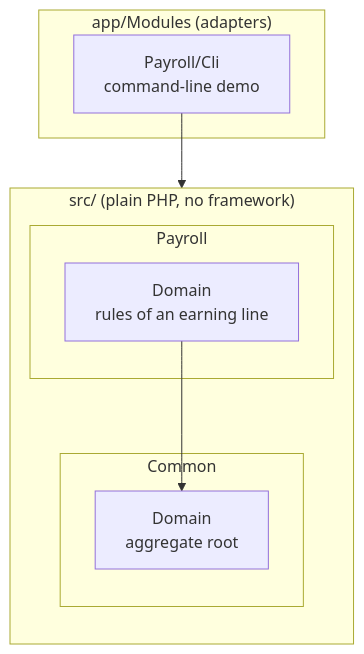
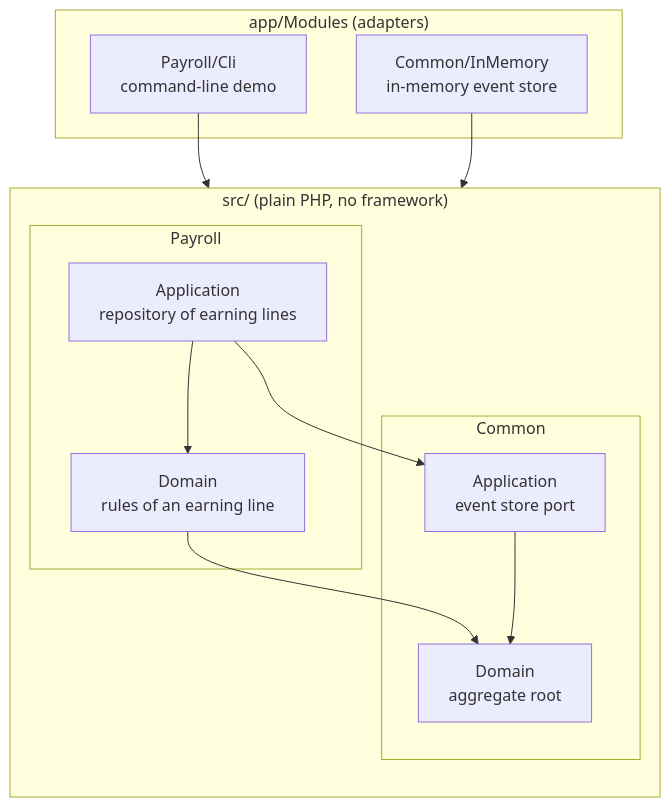
One commit to ddmytruk/line changed the diagram in docs/architecture.md. Above: the diagram before and after it, drawn with Mermaid. The commit also changed other lines of this file and 21 other files, not shown here.

First line of the commit message:
feat(common): event store with optimistic concurrency and line repository

````diff
--- a/docs/architecture.md
+++ b/docs/architecture.md
@@ -7,17 +7,24 @@
 ```mermaid
 flowchart TB
     subgraph src["src/ (plain PHP, no framework)"]
         direction TB
         subgraph payroll["Payroll"]
+            pa["Application<br/>repository of earning lines"]
             pd["Domain<br/>rules of an earning line"]
         end
         subgraph common["Common"]
+            ca["Application<br/>event store port"]
             cd["Domain<br/>aggregate root"]
         end
     end
     subgraph app["app/Modules (adapters)"]
         cli["Payroll/Cli<br/>command-line demo"]
+        mem["Common/InMemory<br/>in-memory event store"]
     end
     cli --> pd
+    mem --> ca
+    pa --> pd
+    pa --> ca
     pd --> cd
+    ca --> cd
 ```
````
